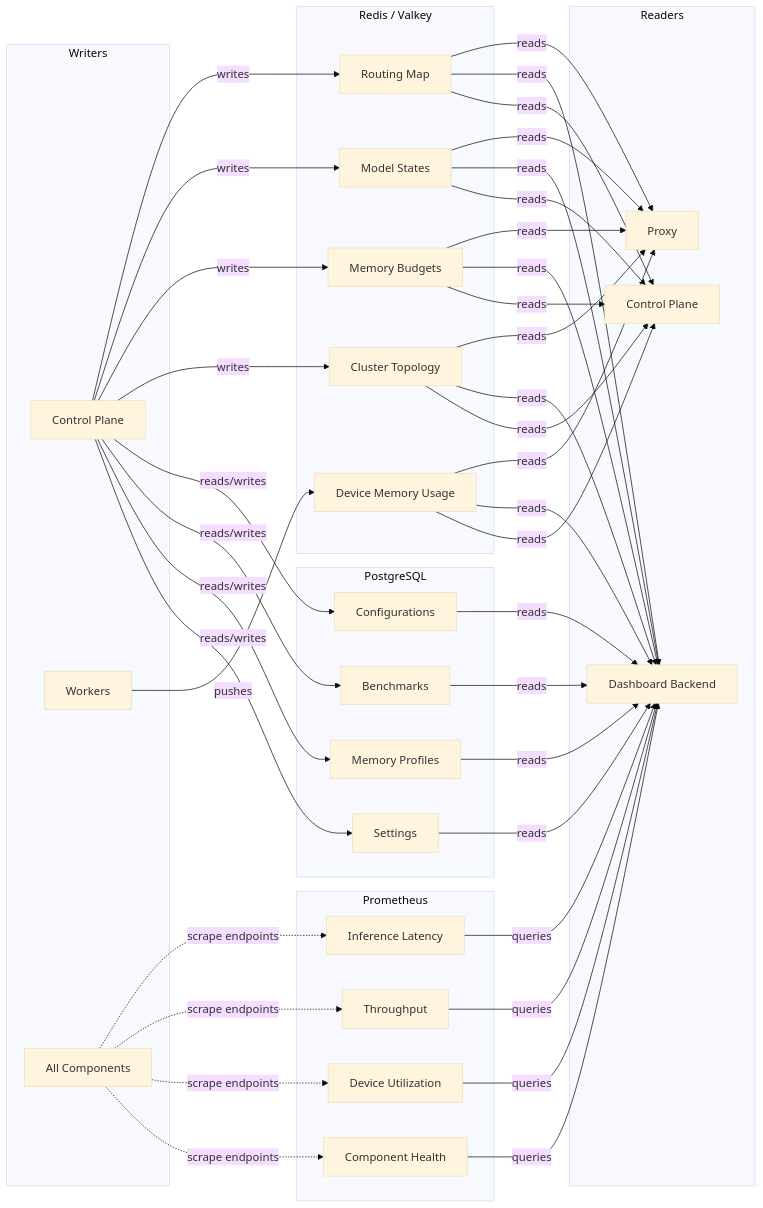
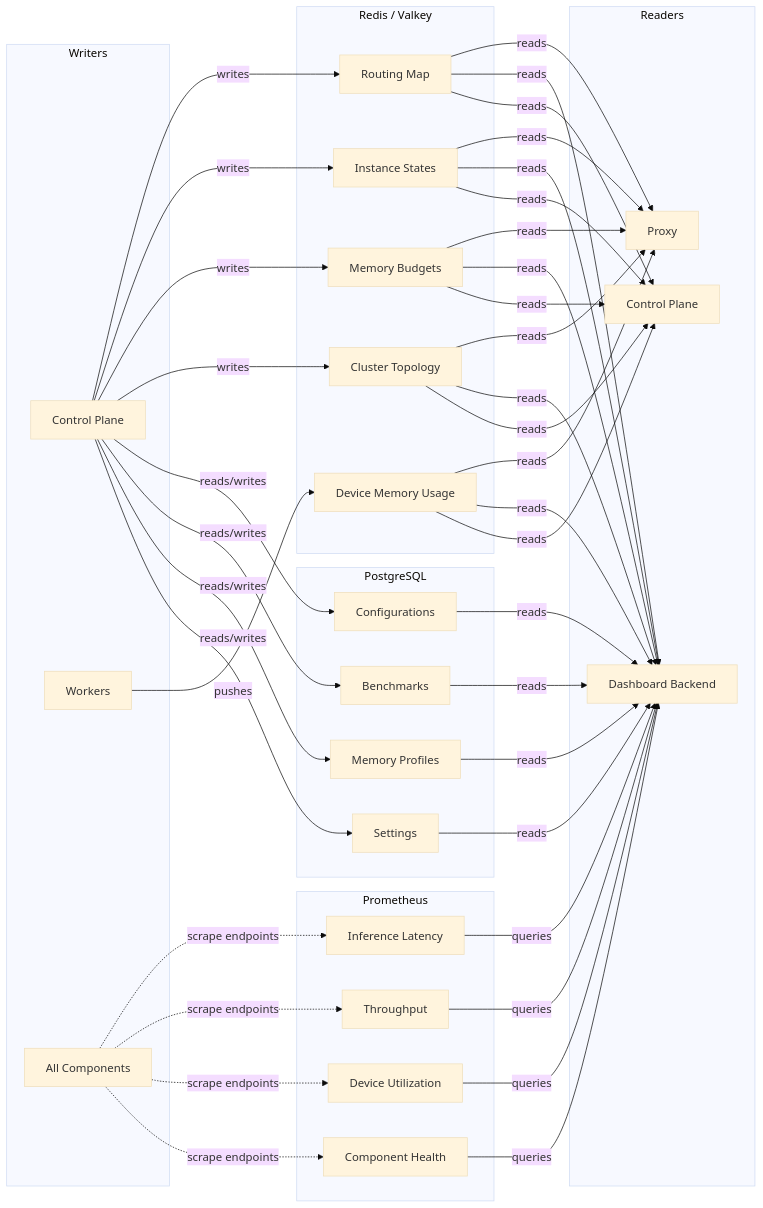
Before and after one commit to rh-aiservices-bu/school-of-sardeenz: the second of 11 diagrams in docs/architecture/overview.md, drawn with Mermaid (base theme). The commit also changed other lines of this file and 65 other files, not shown here.

First line of the commit message:
feat(control-plane): split logical model from instance — N replicas per model (#120)

````diff
--- a/docs/architecture/overview.md
+++ b/docs/architecture/overview.md
@@ -176,47 +176,47 @@
 ```mermaid
 graph LR
     subgraph Writers
         CP_W[Control Plane]
         WK_W[Workers]
         ALL[All Components]
     end
 
     subgraph "Redis / Valkey"
         RM[Routing Map]
-        MS[Model States]
+        MS[Instance States]
         MB[Memory Budgets]
         CT[Cluster Topology]
         DU[Device Memory Usage]
     end
 
     subgraph PostgreSQL
         CFG[Configurations]
         BM[Benchmarks]
         MP[Memory Profiles]
         ST[Settings]
     end
 
     subgraph Prometheus
         IL[Inference Latency]
         TP[Throughput]
         DV[Device Utilization]
         CH[Component Health]
     end
 
     subgraph Readers
         PX[Proxy]
         DB_R[Dashboard Backend]
         CP_R[Control Plane]
     end
 
     CP_W -->|writes| RM & MS & MB & CT
     WK_W -->|pushes| DU
     CP_W -->|reads/writes| CFG & BM & MP & ST
     ALL -.->|scrape endpoints| IL & TP & DV & CH
 
     RM & MS & MB & CT & DU -->|reads| PX
     RM & MS & MB & CT & DU -->|reads| DB_R
     RM & MS & MB & CT & DU -->|reads| CP_R
     CFG & BM & MP & ST -->|reads| DB_R
     IL & TP & DV & CH -->|queries| DB_R
 ```
````
